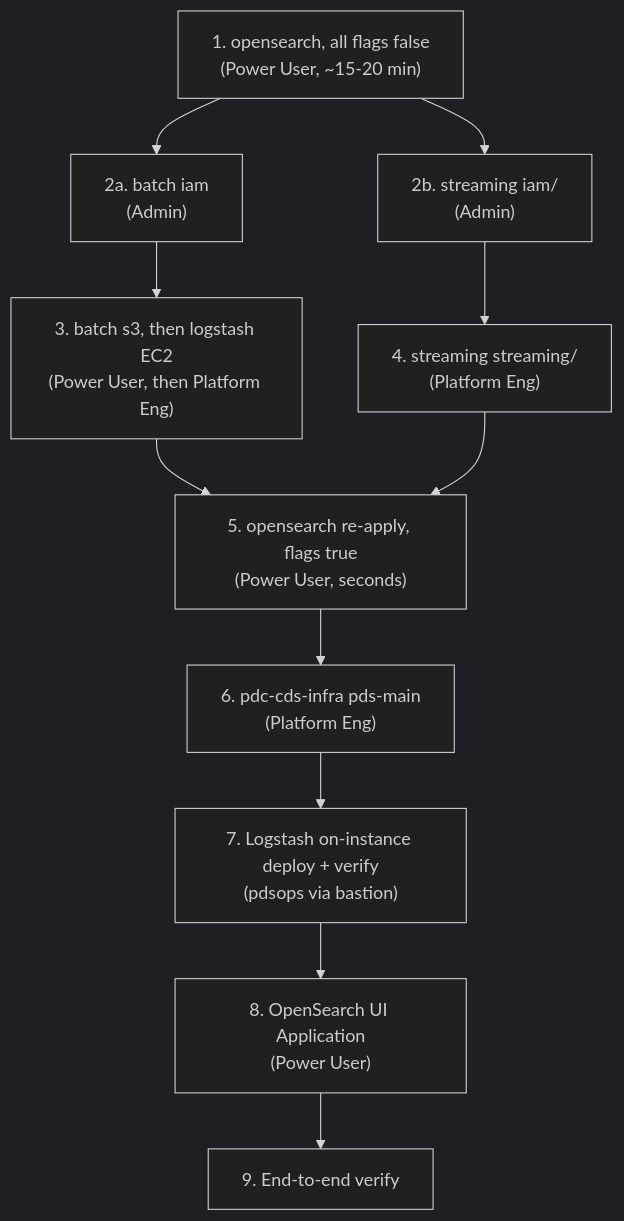
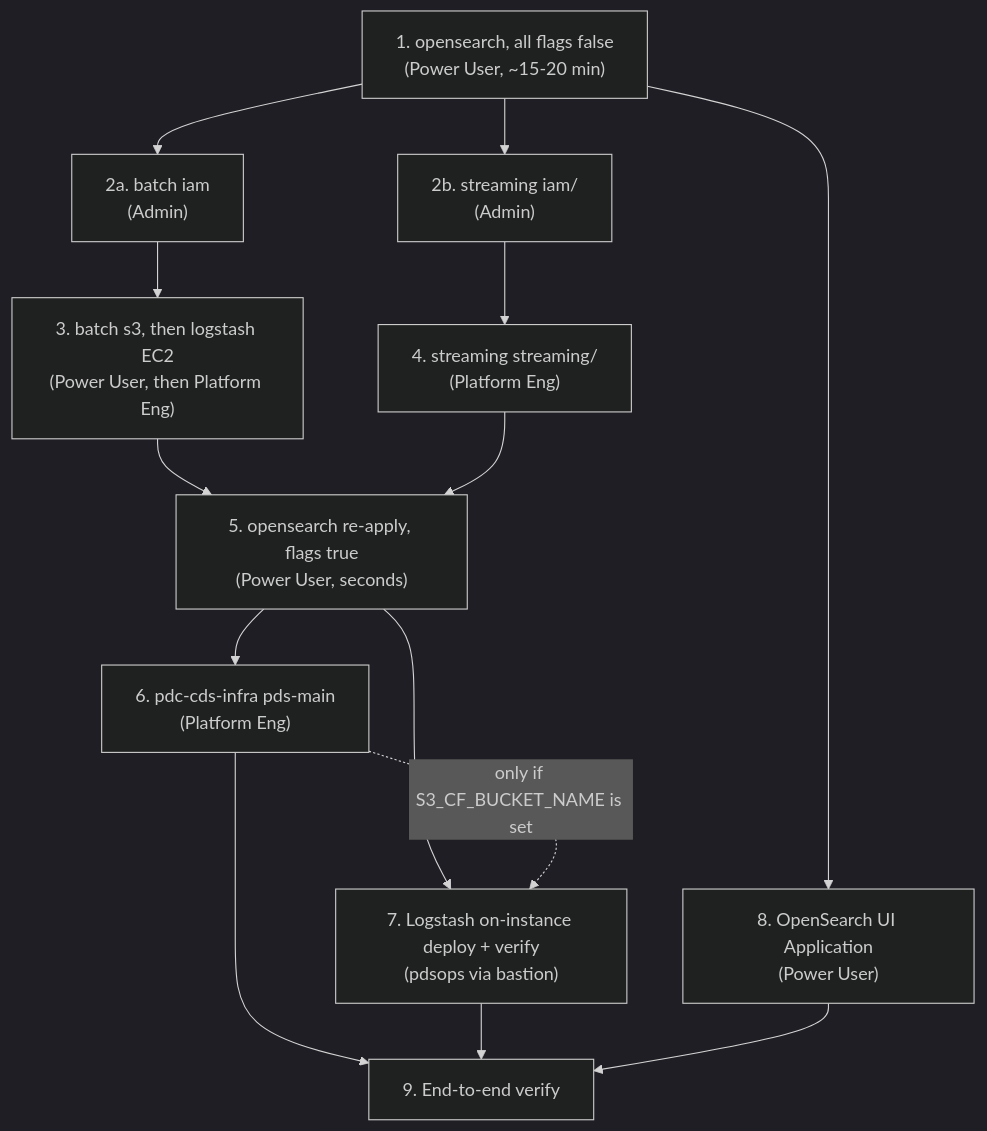
One commit to NASA-PDS/o11y-platform changed the second of 2 diagrams in terraform/README.md. Above: the diagram before and after it, drawn with Mermaid (dark theme). The commit also changed other lines of this file and 2 other files, not shown here.

````diff
--- a/terraform/README.md
+++ b/terraform/README.md
@@ -123,23 +131,26 @@
 ```mermaid
 flowchart TD
     P1["1. opensearch, all flags false\n(Power User, ~15-20 min)"]
     P2a["2a. batch iam\n(Admin)"]
     P2b["2b. streaming iam/\n(Admin)"]
     P3["3. batch s3, then logstash EC2\n(Power User, then Platform Eng)"]
     P4["4. streaming streaming/\n(Platform Eng)"]
     P5["5. opensearch re-apply, flags true\n(Power User, seconds)"]
     P6["6. pdc-cds-infra pds-main\n(Platform Eng)"]
     P7["7. Logstash on-instance deploy + verify\n(pdsops via bastion)"]
     P8["8. OpenSearch UI Application\n(Power User)"]
     P9["9. End-to-end verify"]
 
     P1 --> P2a & P2b
     P2a --> P3
     P2b --> P4
     P3 --> P5
     P4 --> P5
     P5 --> P6
-    P6 --> P7
-    P7 --> P8
+    P5 --> P7
+    P6 -.->|"only if S3_CF_BUCKET_NAME is set"| P7
+    P1 --> P8
+    P6 --> P9
+    P7 --> P9
     P8 --> P9
 ```
````
